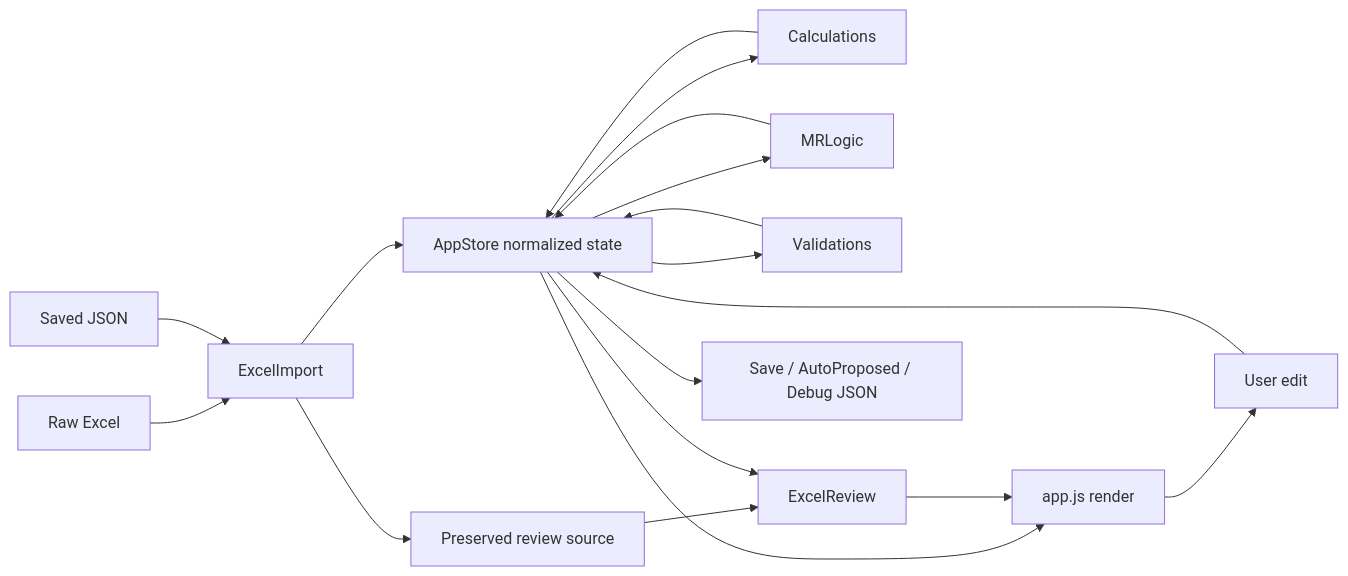
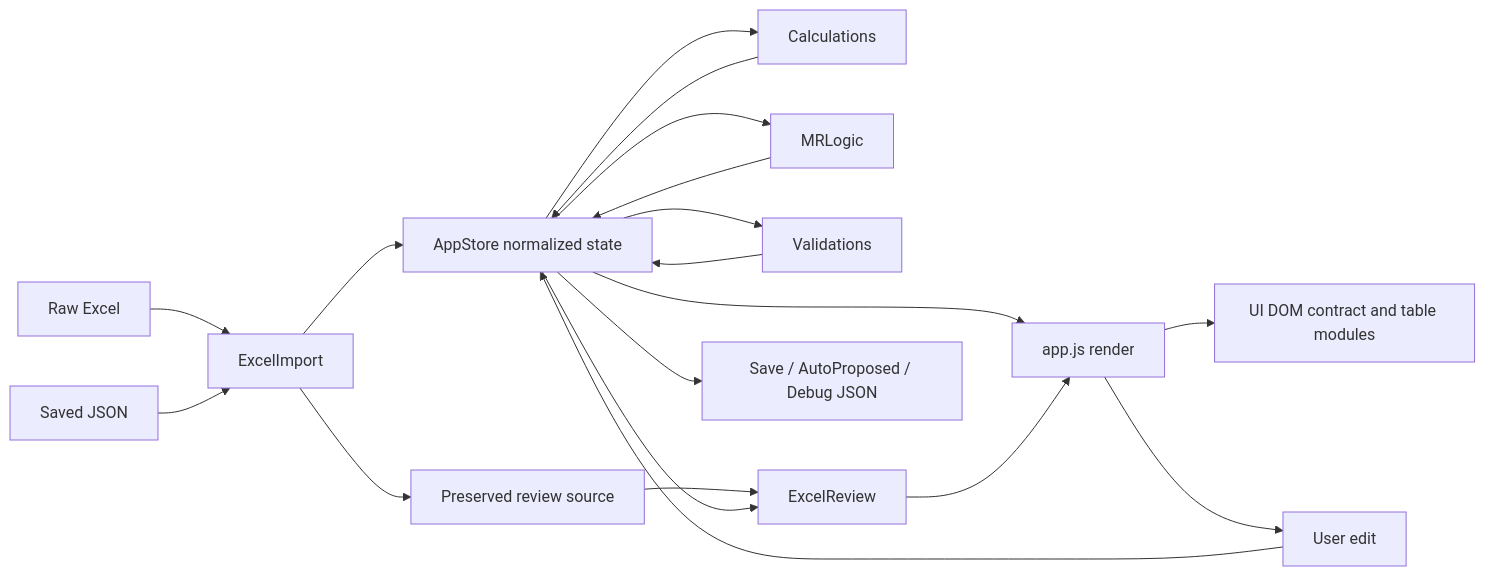
One commit to MerinoELuis/Pole-Calculator changed the diagram in docs/ARCHITECTURE.md. Above: the diagram before and after it, drawn with Mermaid. The commit also changed other lines of this file, not shown here.

Commit message:
Update architecture for modular UI runtime

````diff
--- a/docs/ARCHITECTURE.md
+++ b/docs/ARCHITECTURE.md
@@ -45,20 +62,21 @@
 ```mermaid
 flowchart LR
     A[Raw Excel] --> B[ExcelImport]
     J[Saved JSON] --> B
     B --> C[AppStore normalized state]
     B --> R[Preserved review source]
     C --> D[Calculations]
     D --> C
     C --> E[MRLogic]
     E --> C
     C --> F[Validations]
     F --> C
     C --> G[app.js render]
+    G --> U[UI DOM contract and table modules]
     R --> X[ExcelReview]
     C --> X
     X --> G
     G --> H[User edit]
     H --> C
     C --> I[Save / AutoProposed / Debug JSON]
 ```
````
